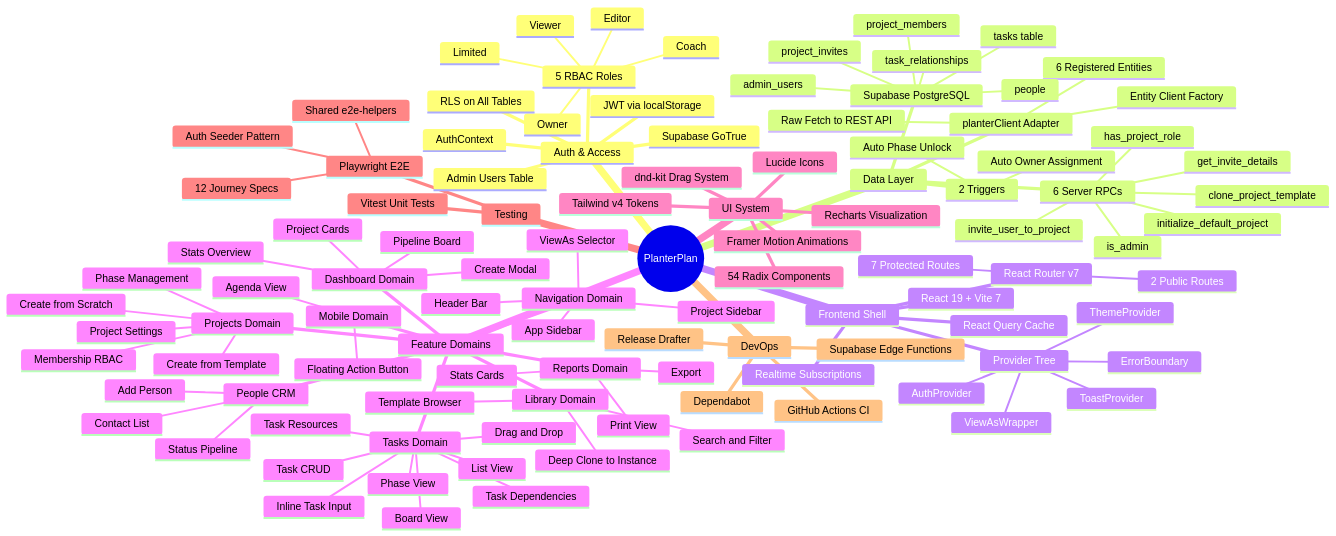
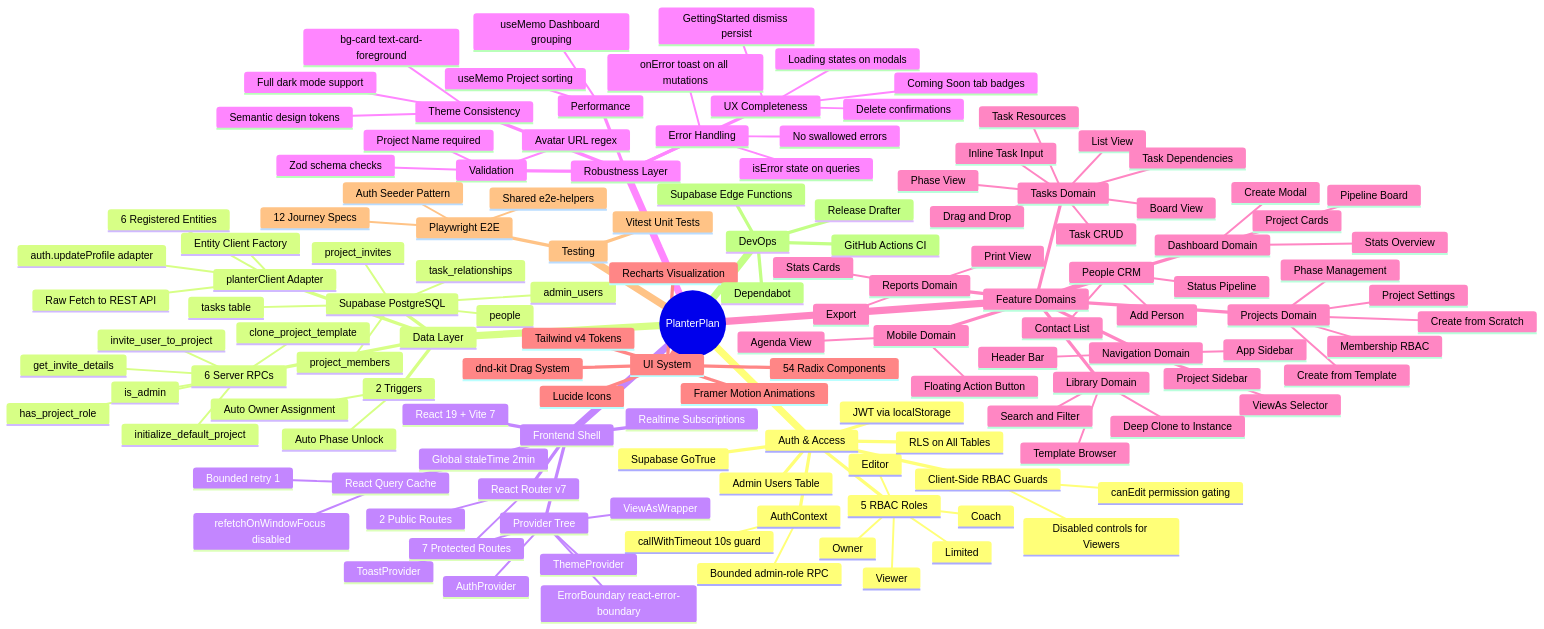
The first of 10 diagrams in docs/PROJECT_MIND_MAP.md (JoelA510/PlanterPlan-Alpha), drawn with Mermaid before and after one commit. The commit also changed other lines of this file and 1 other file, not shown here.

Commit message:
docs: update PROJECT_MIND_MAP with robustness hardening audit & remove stale refs

```diff
--- a/docs/PROJECT_MIND_MAP.md
+++ b/docs/PROJECT_MIND_MAP.md
@@ -109,6 +107,8 @@
     Auth & Access
       Supabase GoTrue
       AuthContext
+        callWithTimeout 10s guard
+        Bounded admin-role RPC
       JWT via localStorage
       5 RBAC Roles
         Owner
@@ -116,6 +116,9 @@
         Coach
         Viewer
         Limited
+      Client-Side RBAC Guards
+        canEdit permission gating
+        Disabled controls for Viewers
       RLS on All Tables
       Admin Users Table
     Data Layer
@@ -123,6 +126,7 @@
         Raw Fetch to REST API
         Entity Client Factory
         6 Registered Entities
+        auth.updateProfile adapter
       Supabase PostgreSQL
         tasks table
         project_members
@@ -147,12 +151,36 @@
         AuthProvider
         ViewAsWrapper
         ToastProvider
-        ErrorBoundary
+        ErrorBoundary react-error-boundary
       React Router v7
         7 Protected Routes
         2 Public Routes
       React Query Cache
+        Global staleTime 2min
+        Bounded retry 1
+        refetchOnWindowFocus disabled
       Realtime Subscriptions
+    Robustness Layer
+      Error Handling
+        onError toast on all mutations
+        isError state on queries
+        No swallowed errors
+      Validation
+        Project Name required
+        Avatar URL regex
+        Zod schema checks
+      Performance
+        useMemo Dashboard grouping
+        useMemo Project sorting
+      Theme Consistency
+        Semantic design tokens
+        bg-card text-card-foreground
+        Full dark mode support
+      UX Completeness
+        Delete confirmations
+        GettingStarted dismiss persist
+        Coming Soon tab badges
+        Loading states on modals
     Feature Domains
       Tasks Domain
         Task CRUD
```
